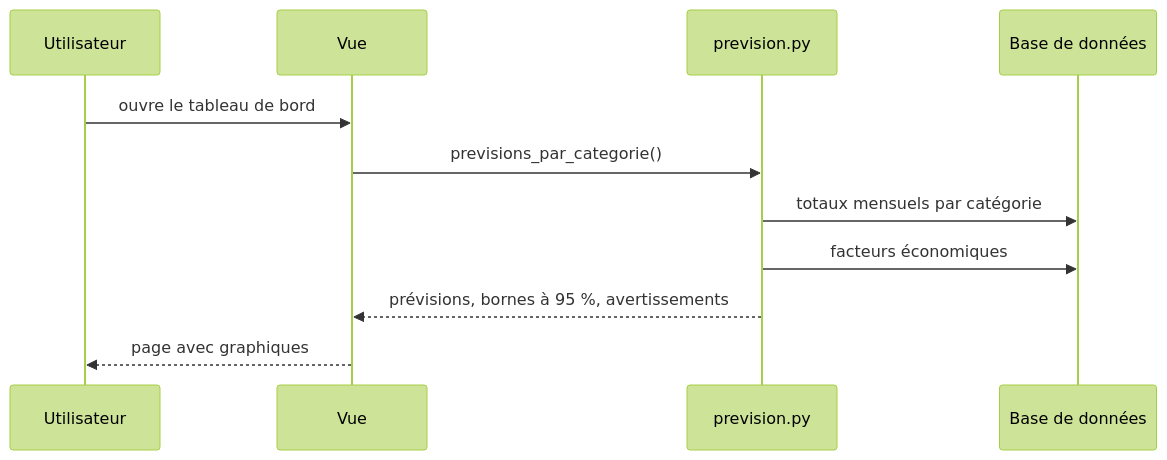
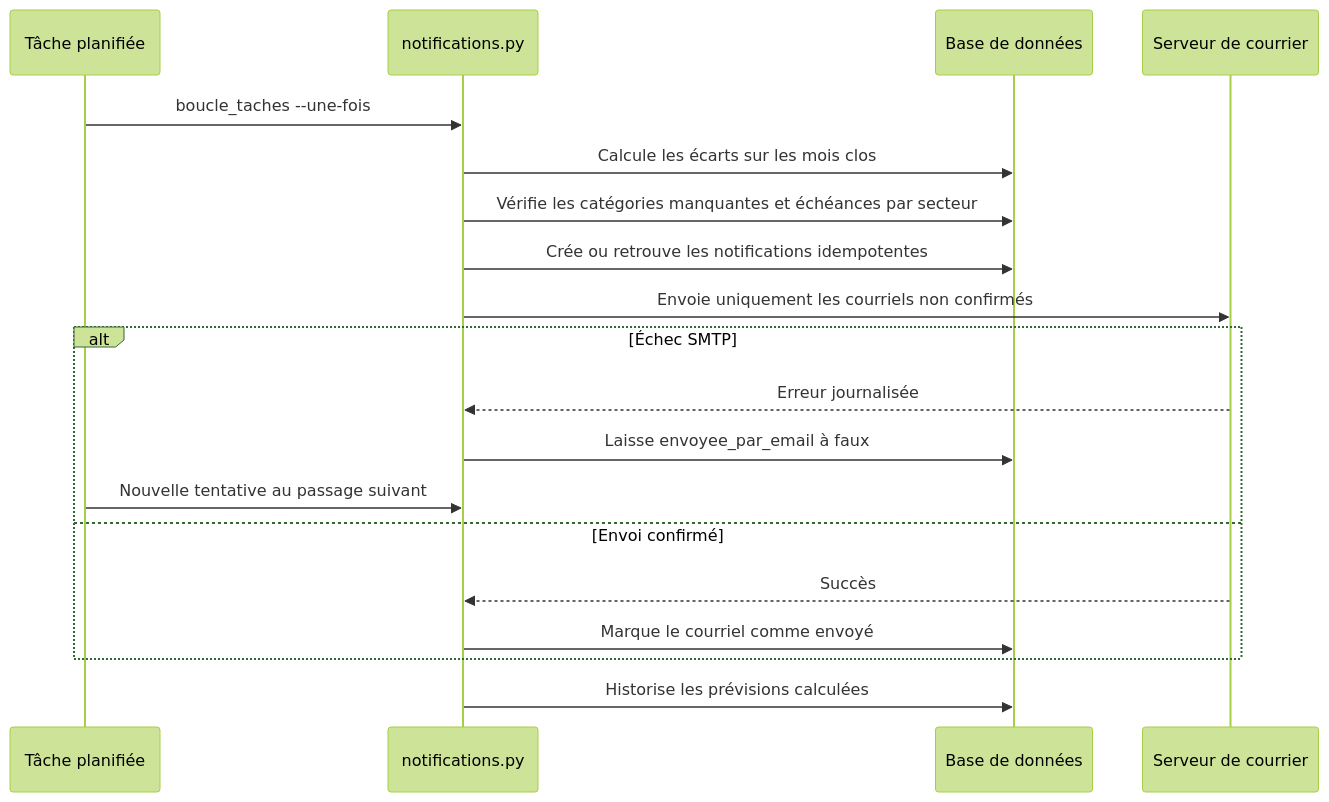
The fourth of 4 diagrams in docs/UML.md (fanevanjanahary-ando/RECETTES_COLLECTIVES_TERRITORIALES), drawn with Mermaid (forest theme) before and after one commit. The commit also changed other lines of this file and 26 other files, not shown here.

````diff
--- a/docs/UML.md
+++ b/docs/UML.md
@@ -46,13 +193,21 @@
 ```mermaid
 sequenceDiagram
-    participant U as Utilisateur
-    participant V as Vue
-    participant P as prevision.py
-    participant B as Base de données
-    U->>V: ouvre le tableau de bord
-    V->>P: previsions_par_categorie()
-    P->>B: totaux mensuels par catégorie
-    P->>B: facteurs économiques
-    P-->>V: prévisions, bornes à 95 %, avertissements
-    V-->>U: page avec graphiques
+    participant Cron as Tâche planifiée
+    participant N as notifications.py
+    participant DB as Base de données
+    participant SMTP as Serveur de courrier
+    Cron->>N: boucle_taches --une-fois
+    N->>DB: Calcule les écarts sur les mois clos
+    N->>DB: Vérifie les catégories manquantes et échéances par secteur
+    N->>DB: Crée ou retrouve les notifications idempotentes
+    N->>SMTP: Envoie uniquement les courriels non confirmés
+    alt Échec SMTP
+        SMTP-->>N: Erreur journalisée
+        N->>DB: Laisse envoyee_par_email à faux
+        Cron->>N: Nouvelle tentative au passage suivant
+    else Envoi confirmé
+        SMTP-->>N: Succès
+        N->>DB: Marque le courriel comme envoyé
+    end
+    N->>DB: Historise les prévisions calculées
 ```
````
